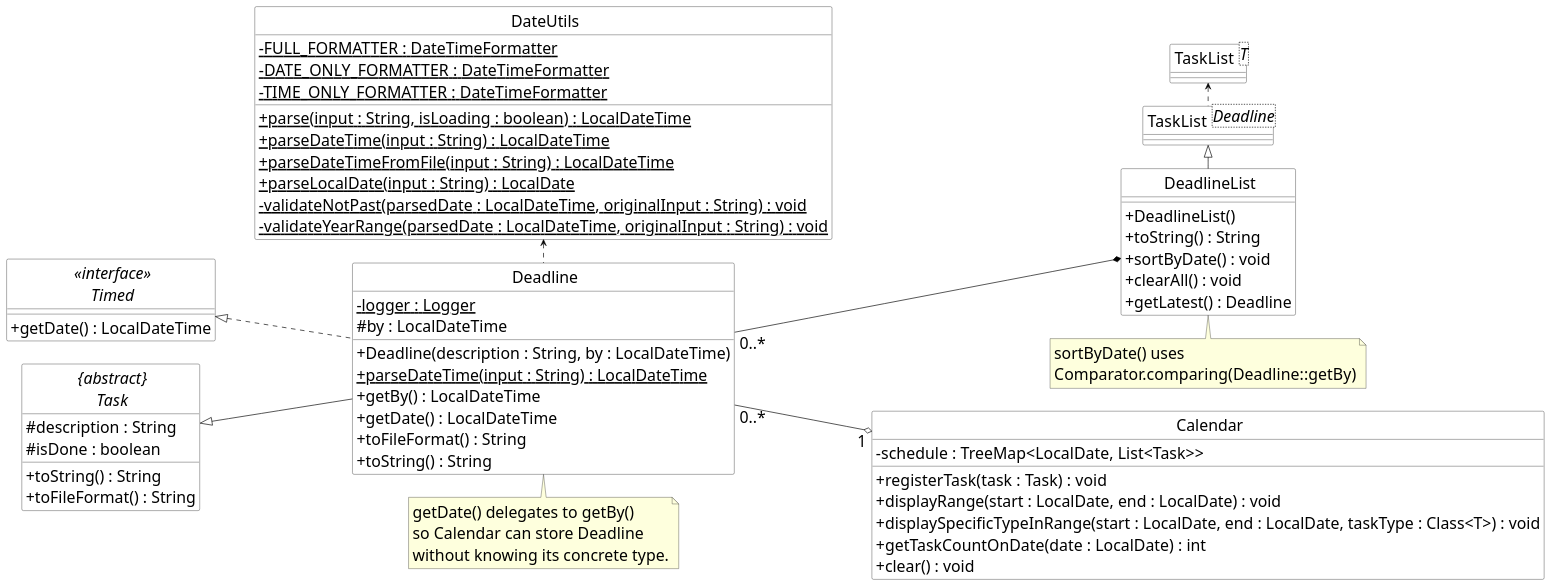
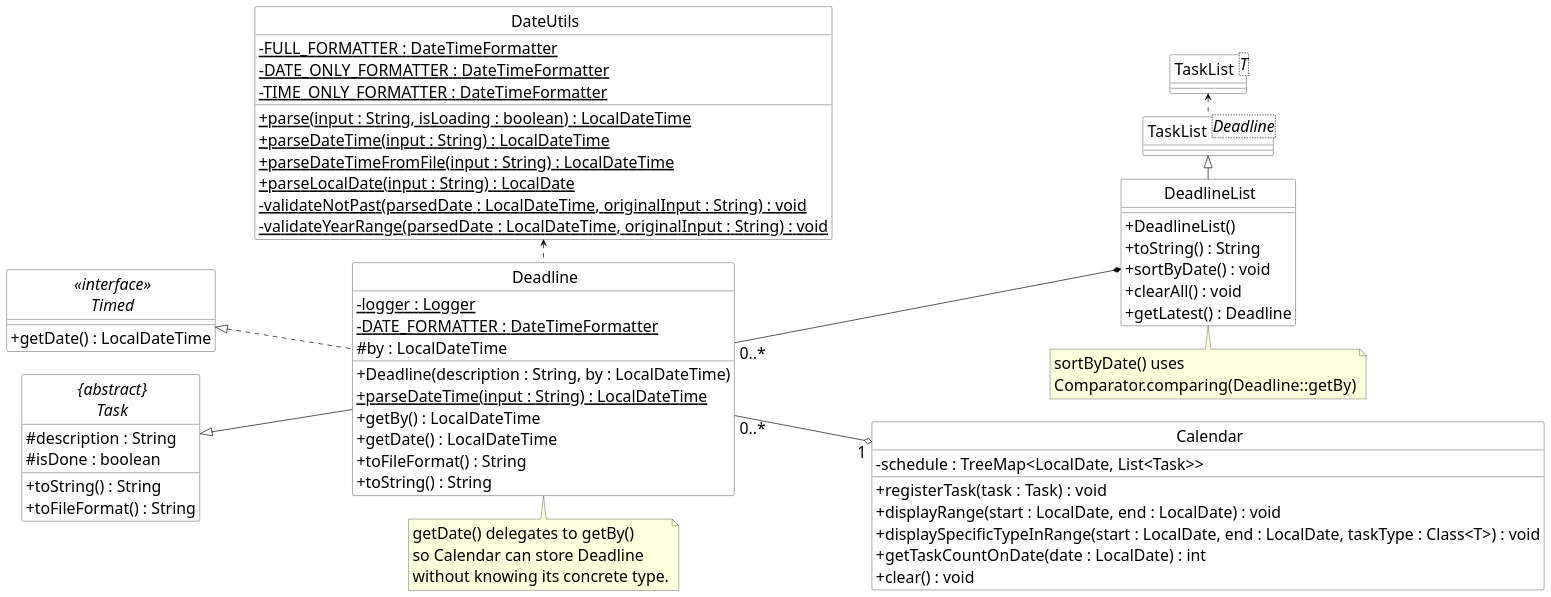
One commit to AY2526S2-CS2113-T14-3/tp changed the diagram in docs/puml/DeadlineClassDiagram.puml. Above: the diagram before and after it, drawn with PlantUML. The commit also changed 3 other files, not shown here.

Commit message:
Minor updates to Deadline class diagram and TaskValidator sequence diagram due to code change

```diff
--- a/docs/puml/DeadlineClassDiagram.puml
+++ b/docs/puml/DeadlineClassDiagram.puml
@@ -1,93 +1,94 @@
 @startuml DeadlineClassDiagram
 
 left to right direction
 skinparam classAttributeIconSize 0
 skinparam CircledCharacterFontSize 0
 skinparam CircledCharacterRadius 0
 skinparam DefaultFontSize 24
 skinparam ArrowFontSize 24
 
 skinparam class {
     BackgroundColor White
     BorderColor Black
     ArrowColor Black
 }
 
 interface Timed <<interface>> {
     + getDate() : LocalDateTime
 }
 
 abstract class "{abstract}\nTask" as Task{
     # description : String
     # isDone : boolean
     + toString() : String
     + toFileFormat() : String
 }
 
 class Deadline {
     - logger : Logger {static}
+    - DATE_FORMATTER : DateTimeFormatter {static}
     # by : LocalDateTime
     + Deadline(description : String, by : LocalDateTime)
     + parseDateTime(input : String) : LocalDateTime {static}
     + getBy() : LocalDateTime
     + getDate() : LocalDateTime
     + toFileFormat() : String
     + toString() : String
 }
 
 class DeadlineList {
     + DeadlineList()
     + toString() : String
     + sortByDate() : void
     + clearAll() : void
     + getLatest() : Deadline
 }
 
 class "TaskList<T>" as TaskListT {
 }
 
 class "TaskList<Deadline>" as TaskListDeadline {
 }
 
 
 class DateUtils {
     - FULL_FORMATTER : DateTimeFormatter {static}
     - DATE_ONLY_FORMATTER : DateTimeFormatter {static}
     - TIME_ONLY_FORMATTER : DateTimeFormatter {static}
     + parse(input : String, isLoading : boolean) : LocalDateTime {static}
     + parseDateTime(input : String) : LocalDateTime {static}
     + parseDateTimeFromFile(input : String) : LocalDateTime {static}
     + parseLocalDate(input : String) : LocalDate {static}
     - validateNotPast(parsedDate : LocalDateTime, originalInput : String) : void {static}
     - validateYearRange(parsedDate : LocalDateTime, originalInput : String) : void {static}
 }
 
 class Calendar {
     - schedule : TreeMap<LocalDate, List<Task>>
     + registerTask(task : Task) : void
     + displayRange(start : LocalDate, end : LocalDate) : void
     + displaySpecificTypeInRange(start : LocalDate, end : LocalDate, taskType : Class<T>) : void
     + getTaskCountOnDate(date : LocalDate) : int
     + clear() : void
 }
 
 Task <|-down- Deadline
 Timed <|.down. Deadline
 TaskListT <.right. TaskListDeadline
 TaskListDeadline <|-right- DeadlineList
 DeadlineList *-up- "0..*" Deadline
 Deadline .left.> DateUtils
 Calendar "1" o-up- "0..*" Deadline
 
 note bottom of Deadline
   getDate() delegates to getBy()
   so Calendar can store Deadline
   without knowing its concrete type.
 end note
 
 note bottom of DeadlineList
   sortByDate() uses
   Comparator.comparing(Deadline::getBy)
 end note
 
 @enduml
```
